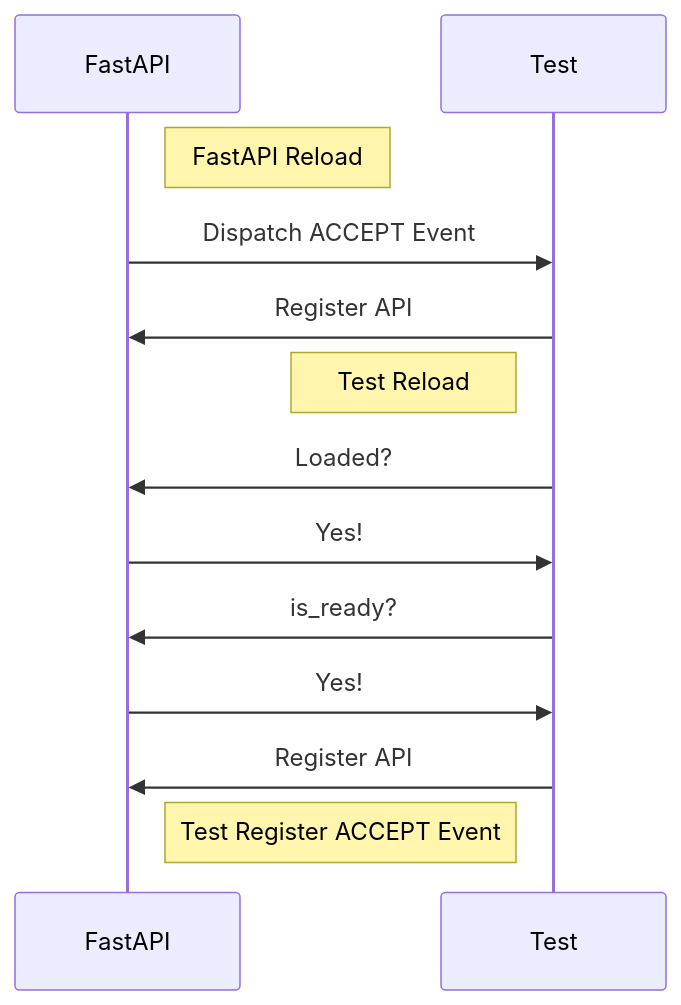
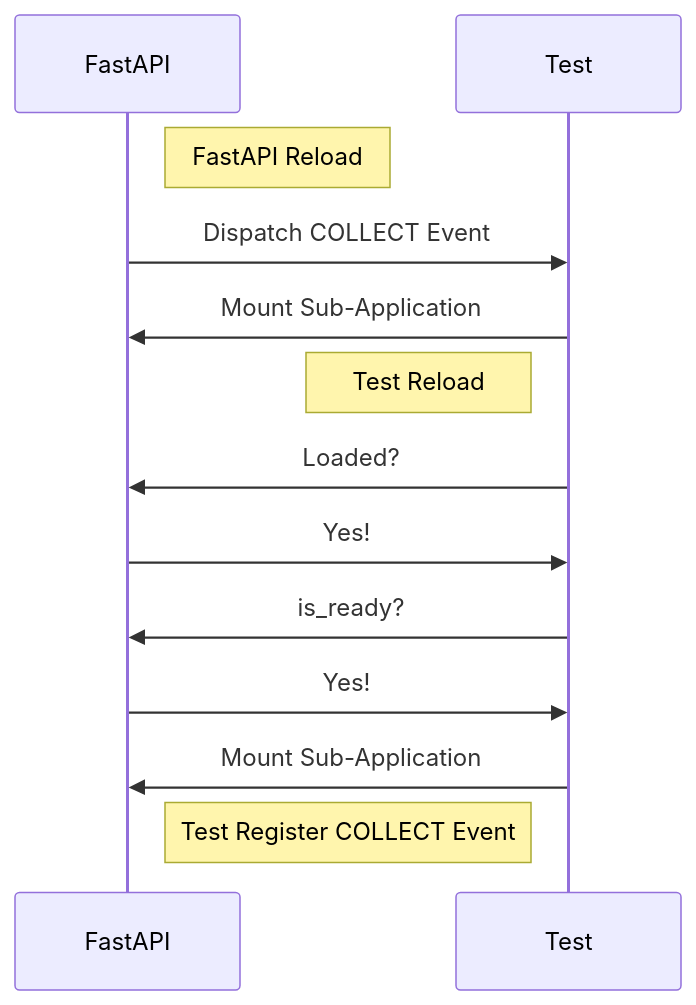
Before and after one commit to AnzhiZhang/MCDReforgedPlugins: the third of 3 diagrams in src/fastapi_mcdr/readme.md, drawn with Mermaid. The commit also changed other lines of this file and 1 other file, not shown here.

````diff
--- a/src/fastapi_mcdr/readme.md
+++ b/src/fastapi_mcdr/readme.md
@@ -98,20 +111,20 @@
 ```mermaid
 sequenceDiagram
     participant FastAPI
     participant Test
 
     Note right of FastAPI: FastAPI Reload
 
-    FastAPI ->> Test: Dispatch ACCEPT Event
-    Test ->> FastAPI: Register API
+    FastAPI ->> Test: Dispatch COLLECT Event
+    Test ->> FastAPI: Mount Sub-Application
 
     Note left of Test: Test Reload
 
     Test ->> FastAPI: Loaded?
     FastAPI ->> Test: Yes!
     Test ->> FastAPI: is_ready?
     FastAPI ->> Test: Yes!
-    Test ->> FastAPI: Register API
+    Test ->> FastAPI: Mount Sub-Application
 
-    Note left of Test: Test Register ACCEPT Event
+    Note left of Test: Test Register COLLECT Event
 ```
````
